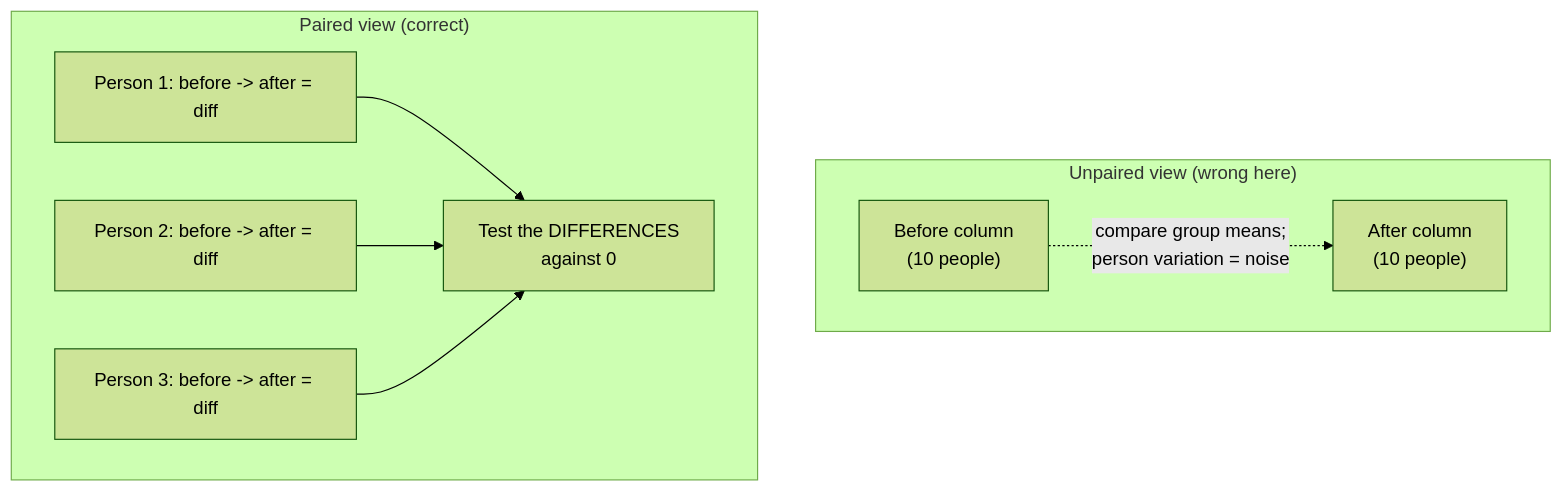
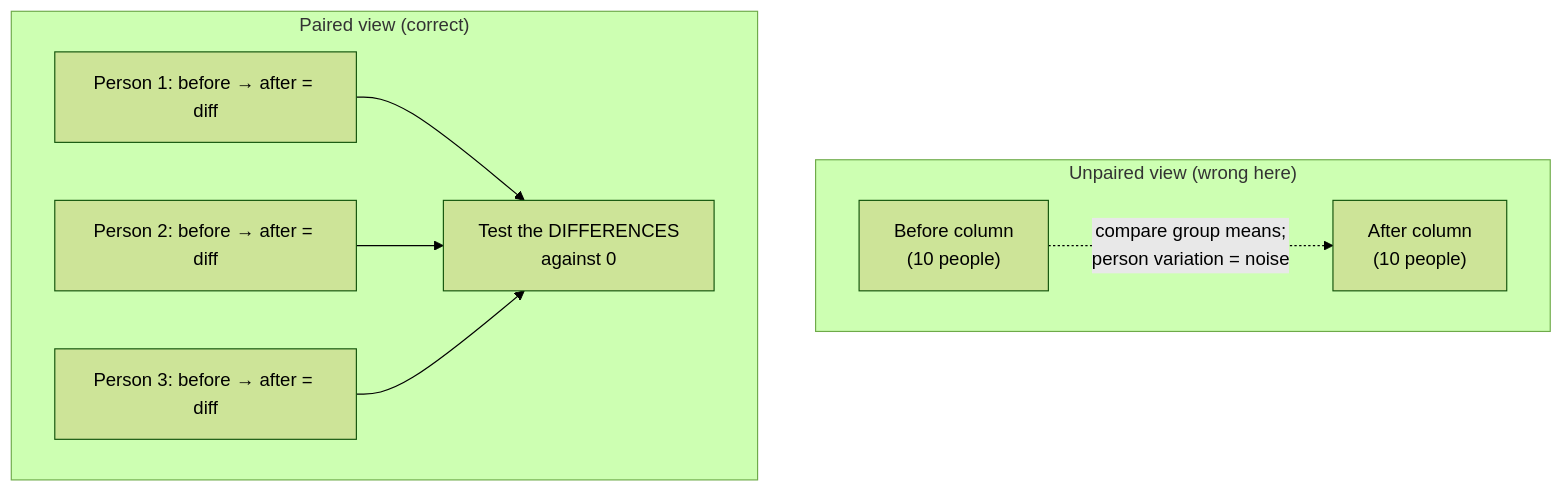
One commit to dataslope/dataslope changed the third of 3 diagrams in content/courses/statistics-for-data-science-python/t-tests.mdx. Above: the diagram before and after it, drawn with Mermaid (forest theme). The commit also changed other lines of this file and 431 other files, not shown here.

First line of the commit message:
Interview-prep card spacing; 150 build-time Observable Plot charts; challenge-card sweep and a polars runtime fix (#625)

````diff
--- a/content/courses/statistics-for-data-science-python/t-tests.mdx
+++ b/content/courses/statistics-for-data-science-python/t-tests.mdx
@@ -348,16 +352,16 @@
 ```mermaid
 flowchart TD
   subgraph UNPAIRED["Unpaired view (wrong here)"]
     U1["Before column<br/>(10 people)"]
     U2["After column<br/>(10 people)"]
     U1 -. "compare group means;<br/>person variation = noise" .-> U2
   end
   subgraph PAIRED["Paired view (correct)"]
-    P1["Person 1: before -> after = diff"]
-    P2["Person 2: before -> after = diff"]
-    P3["Person 3: before -> after = diff"]
+    P1["Person 1: before → after = diff"]
+    P2["Person 2: before → after = diff"]
+    P3["Person 3: before → after = diff"]
     P1 --> PD["Test the DIFFERENCES<br/>against 0"]
     P2 --> PD
     P3 --> PD
   end
 ```
````
